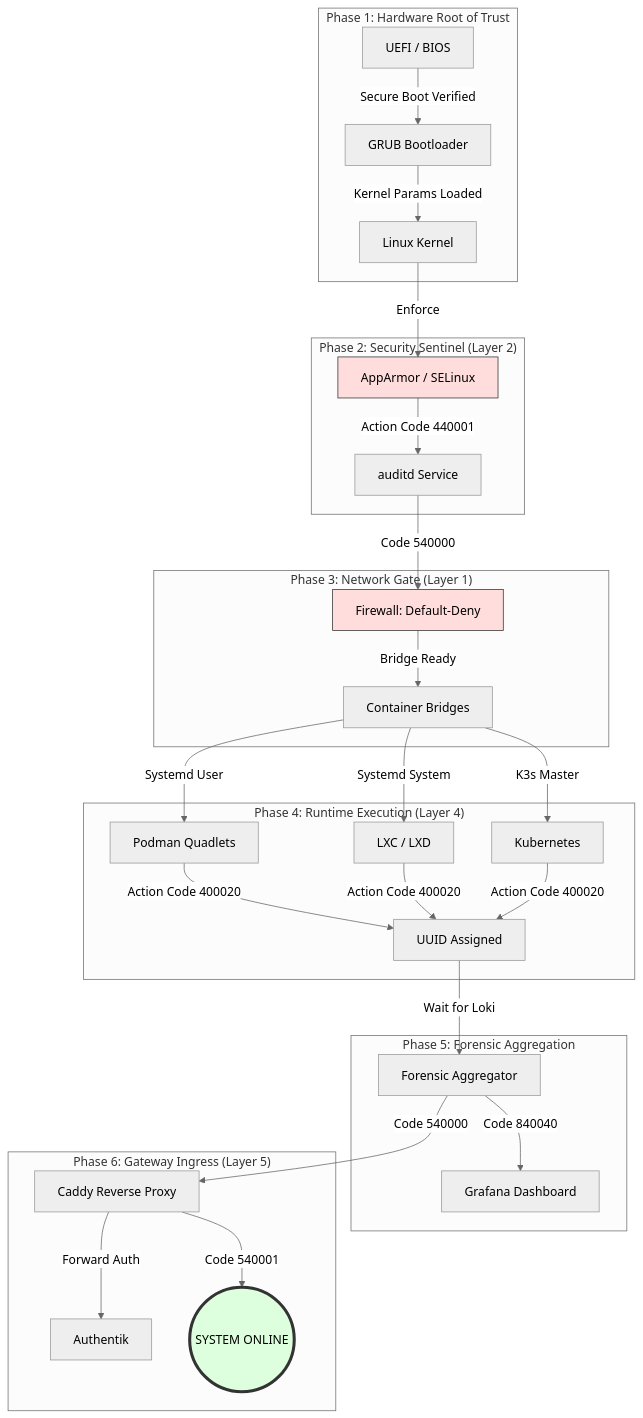
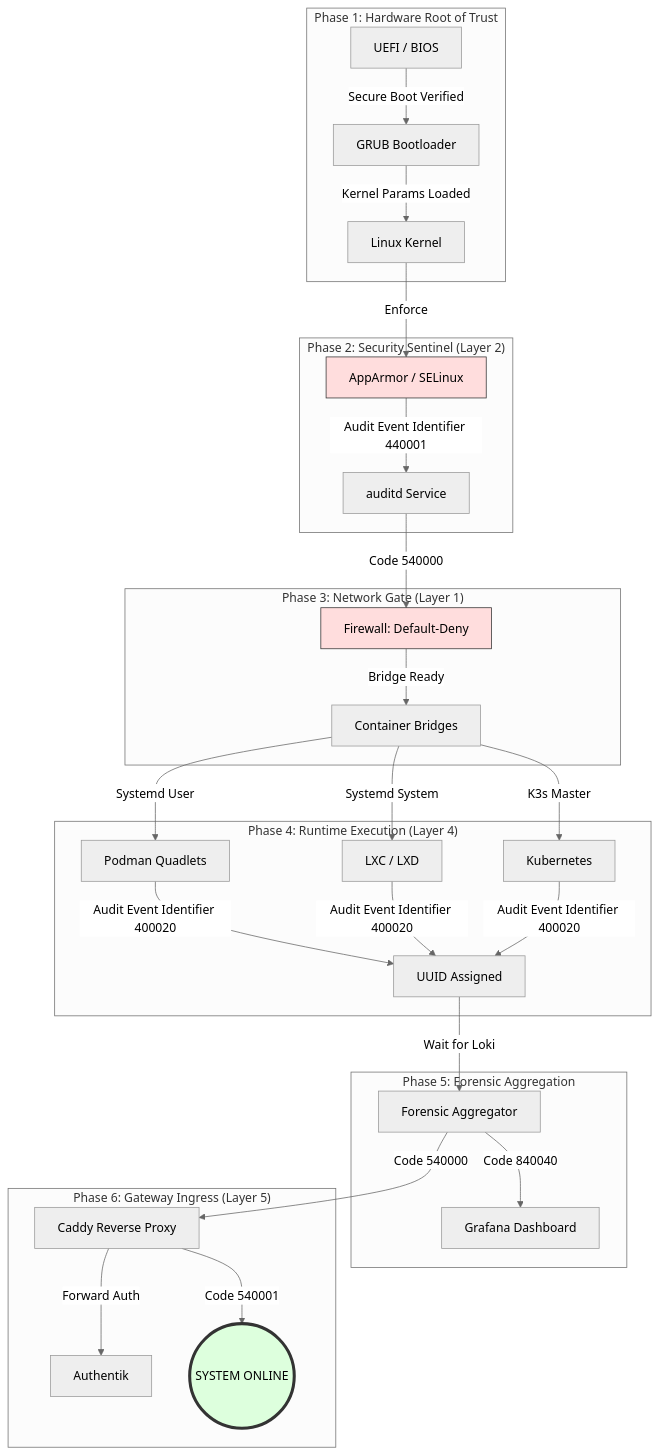
One commit to allaunthefox/deploy-system-unified changed the diagram in docs/architecture/BOOT_LIFECYCLE.md. Above: the diagram before and after it, drawn with Mermaid (neutral theme). The commit also changed 121 other files, not shown here.

````diff
--- a/docs/architecture/BOOT_LIFECYCLE.md
+++ b/docs/architecture/BOOT_LIFECYCLE.md
@@ -13,42 +13,42 @@
 ```mermaid
 graph TD
     subgraph "Phase 1: Hardware Root of Trust"
         B1[UEFI / BIOS] -->|Secure Boot Verified| B2[GRUB Bootloader]
         B2 -->|Kernel Params Loaded| B3[Linux Kernel]
     end
 
     subgraph "Phase 2: Security Sentinel (Layer 2)"
         B3 -->|Enforce| MAC[AppArmor / SELinux]
-        MAC -->|Action Code 440001| AUDIT[auditd Service]
+        MAC -->|Audit Event Identifier 440001| AUDIT[auditd Service]
     end
 
     subgraph "Phase 3: Network Gate (Layer 1)"
         AUDIT -->|Code 540000| FW[Firewall: Default-Deny]
         FW -->|Bridge Ready| NET[Container Bridges]
     end
 
     subgraph "Phase 4: Runtime Execution (Layer 4)"
         NET -->|Systemd User| P[Podman Quadlets]
         NET -->|Systemd System| L[LXC / LXD]
         NET -->|K3s Master| K[Kubernetes]
         
-        P -->|Action Code 400020| ID[UUID Assigned]
-        L -->|Action Code 400020| ID
-        K -->|Action Code 400020| ID
+        P -->|Audit Event Identifier 400020| ID[UUID Assigned]
+        L -->|Audit Event Identifier 400020| ID
+        K -->|Audit Event Identifier 400020| ID
     end
 
     subgraph "Phase 5: Forensic Aggregation"
         ID -->|Wait for Loki| LOG[Forensic Aggregator]
         LOG -->|Code 840040| DASH[Grafana Dashboard]
     end
 
     subgraph "Phase 6: Gateway Ingress (Layer 5)"
         LOG -->|Code 540000| CAD[Caddy Reverse Proxy]
         CAD -->|Forward Auth| AUTH[Authentik]
         CAD -->|Code 540001| READY((SYSTEM ONLINE))
     end
 
     style READY fill:#dfd,stroke:#333,stroke-width:4px
     style MAC fill:#fdd,stroke:#333
     style FW fill:#fdd,stroke:#333
 ```
````
